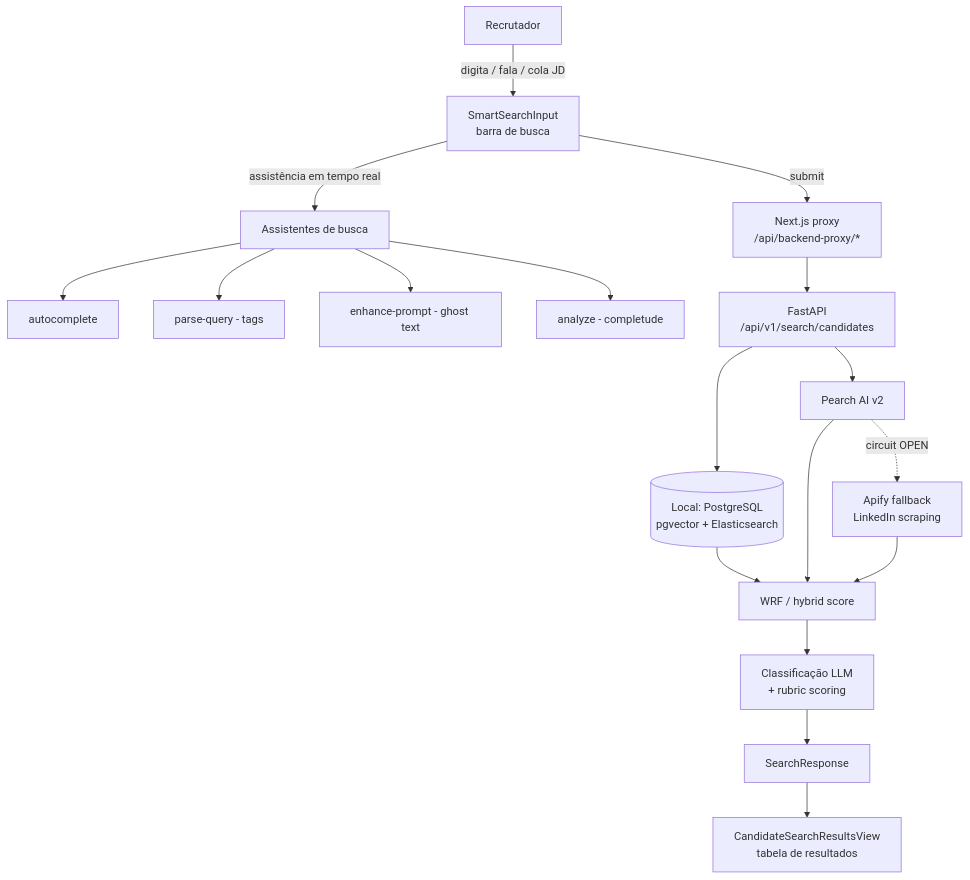
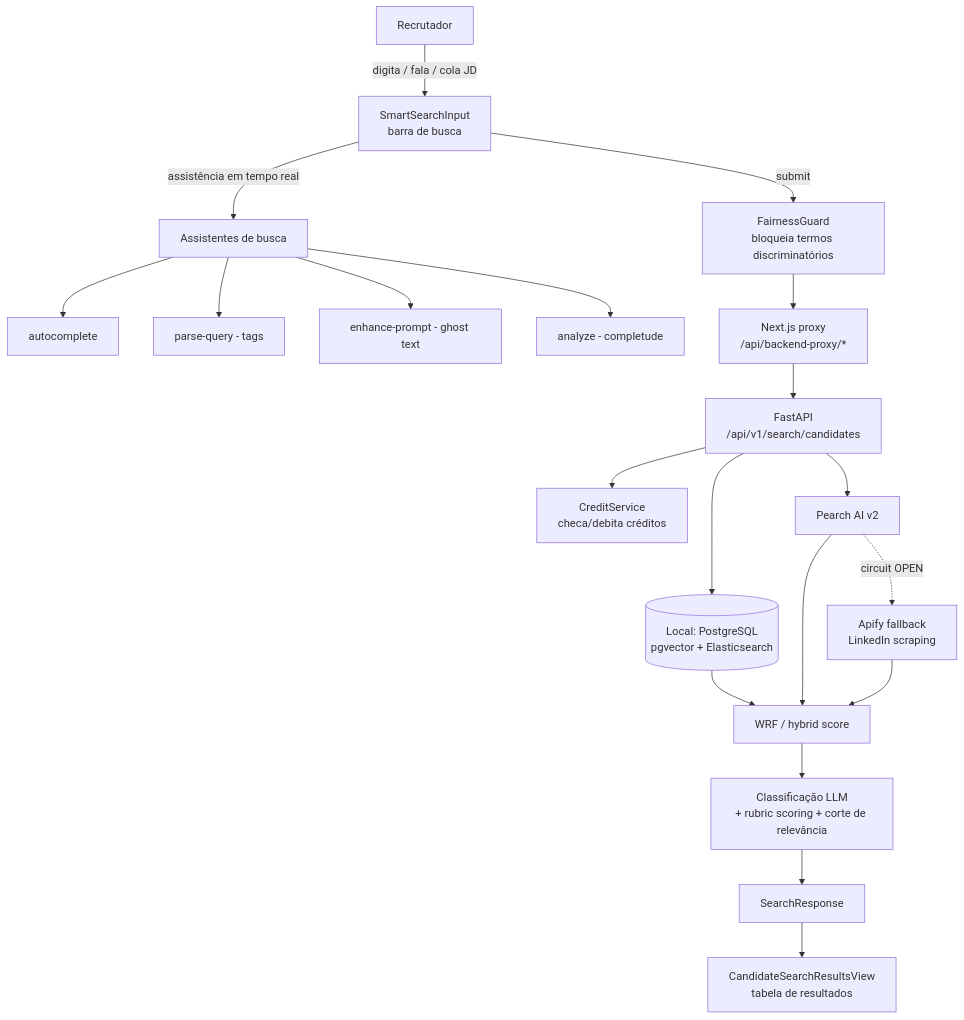
The first of 3 diagrams in docs/handoff/funil-talentos-busca.md (WeDOTalentcc/prototype-admin), drawn with Mermaid before and after one commit. The commit also changed other lines of this file, not shown here.

````diff
--- a/docs/handoff/funil-talentos-busca.md
+++ b/docs/handoff/funil-talentos-busca.md
@@ -37,20 +38,22 @@
 ```mermaid
 flowchart TD
     U[Recrutador] -->|digita / fala / cola JD| SB[SmartSearchInput<br/>barra de busca]
     SB -->|assistência em tempo real| AS[Assistentes de busca]
     AS --> AC[autocomplete]
     AS --> PQ[parse-query - tags]
     AS --> EP[enhance-prompt - ghost text]
     AS --> AN[analyze - completude]
-    SB -->|submit| PROXY[Next.js proxy<br/>/api/backend-proxy/*]
+    SB -->|submit| GUARD[FairnessGuard<br/>bloqueia termos discriminatórios]
+    GUARD --> PROXY[Next.js proxy<br/>/api/backend-proxy/*]
     PROXY --> API[FastAPI<br/>/api/v1/search/candidates]
+    API --> CRED[CreditService<br/>checa/debita créditos]
     API --> LOCAL[(Local: PostgreSQL<br/>pgvector + Elasticsearch)]
     API --> PEARCH[Pearch AI v2]
     PEARCH -.circuit OPEN.-> APIFY[Apify fallback<br/>LinkedIn scraping]
     LOCAL --> FUSE[WRF / hybrid score]
     PEARCH --> FUSE
     APIFY --> FUSE
-    FUSE --> CLASS[Classificação LLM<br/>+ rubric scoring]
+    FUSE --> CLASS[Classificação LLM<br/>+ rubric scoring + corte de relevância]
     CLASS --> RESP[SearchResponse]
     RESP --> TABLE[CandidateSearchResultsView<br/>tabela de resultados]
 ```
````
